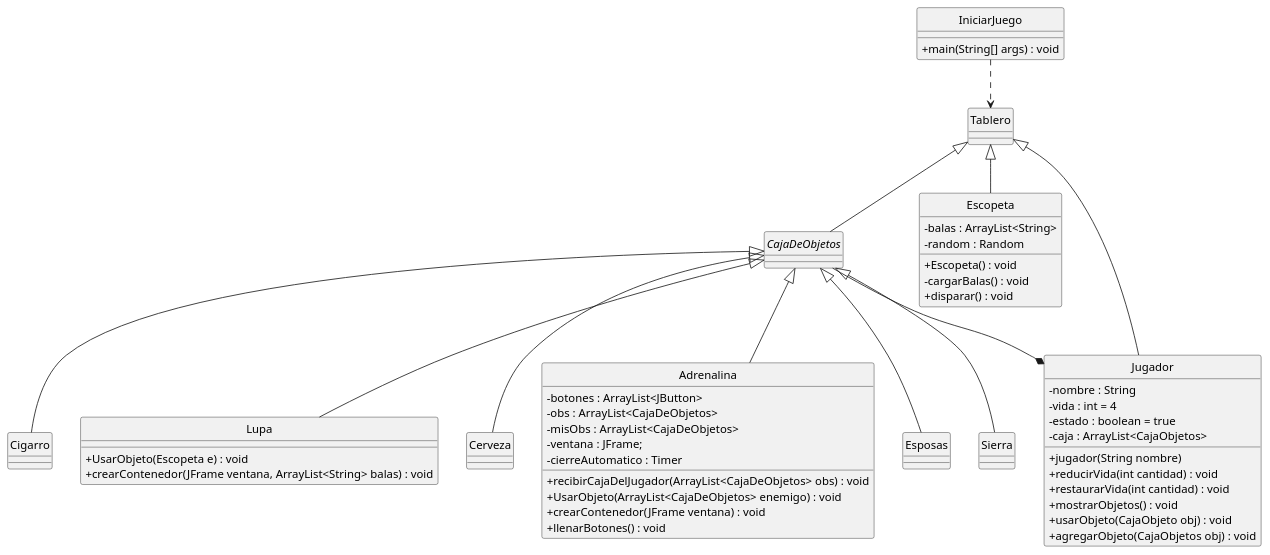
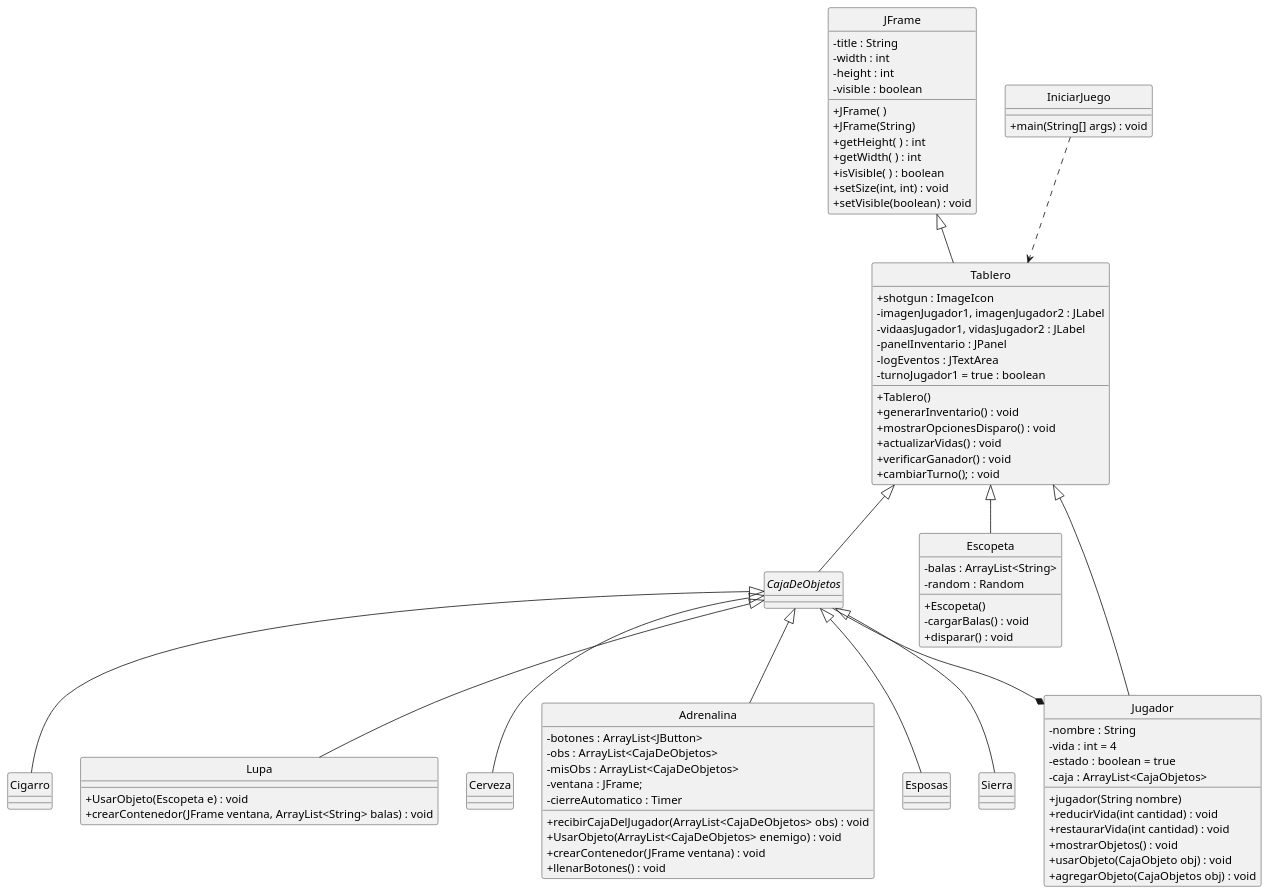
One commit to F4brici0L4yme/FP2-Final-Project changed the diagram in uml.puml. Above: the diagram before and after it, drawn with PlantUML.

Commit message:
Añadiendo los atributos y metodos a tablero ,y JFrame

```diff
--- a/uml.puml
+++ b/uml.puml
@@ -1,75 +1,100 @@
 @startuml
 skinparam classAttributeIconSize 0
 
 hide class circle
 hide interface circle
 hide abstract circle
 
-class Tablero {
+class JFrame {
+    - title : String  
+    - width : int  
+    - height : int  
+    - visible : boolean  
+    + JFrame( )
+    + JFrame(String)
+    + getHeight( ) : int
+    + getWidth( ) : int
+    + isVisible( ) : boolean
+    + setSize(int, int) : void
+    + setVisible(boolean) : void
+}
 
+class Tablero extends JFrame {
+    + shotgun : ImageIcon
+    - imagenJugador1, imagenJugador2 : JLabel
+    - vidaasJugador1, vidasJugador2 : JLabel
+    - panelInventario : JPanel
+    - logEventos : JTextArea
+    - turnoJugador1 = true : boolean
+    + Tablero()
+    + generarInventario() : void
+    + mostrarOpcionesDisparo() : void
+    + actualizarVidas() : void
+    + verificarGanador() : void
+    + cambiarTurno(); : void
 }
 
 abstract class CajaDeObjetos extends Tablero{
 
 }
 
 class Escopeta extends Tablero {
     - balas : ArrayList<String>
     - random : Random
-    + Escopeta() : void
+    + Escopeta() 
     - cargarBalas() : void
     + disparar() : void
 }
 
 class Jugador extends Tablero {
     - nombre : String
     - vida : int = 4
     - estado : boolean = true
     - caja : ArrayList<CajaObjetos>
     + jugador(String nombre)
     + reducirVida(int cantidad) : void
     + restaurarVida(int cantidad) : void
     + mostrarObjetos() : void
     + usarObjeto(CajaObjeto obj) : void
     + agregarObjeto(CajaObjetos obj) : void
 }
 
 class Cigarro extends CajaDeObjetos {
-    
+
 }
 
 class Lupa extends CajaDeObjetos {
     + UsarObjeto(Escopeta e) : void
     + crearContenedor(JFrame ventana, ArrayList<String> balas) : void
 }
 
 class Cerveza extends CajaDeObjetos {
 
 }
 
 class Adrenalina extends CajaDeObjetos {
     - botones : ArrayList<JButton>
     - obs : ArrayList<CajaDeObjetos>
     - misObs : ArrayList<CajaDeObjetos>
-    - ventana : JFrame; 
+    - ventana : JFrame;
     - cierreAutomatico : Timer
     + recibirCajaDelJugador(ArrayList<CajaDeObjetos> obs) : void
     + UsarObjeto(ArrayList<CajaDeObjetos> enemigo) : void
     + crearContenedor(JFrame ventana) : void
     + llenarBotones() : void
 }
 
 class Esposas extends CajaDeObjetos {
 
 }
 
 class Sierra extends CajaDeObjetos {
 
 }
 
 class IniciarJuego {
     + main(String[] args) : void
 }
 IniciarJuego ..> Tablero
 CajaDeObjetos --* Jugador
 @enduml
```
